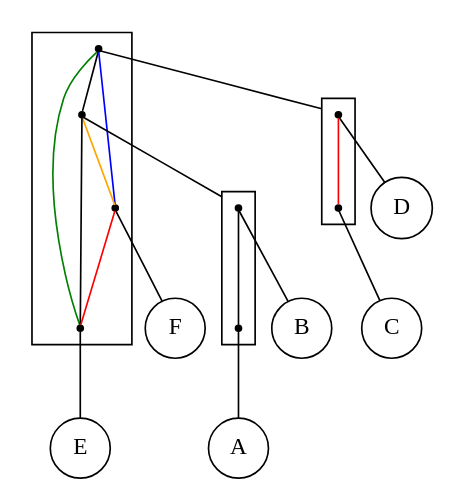
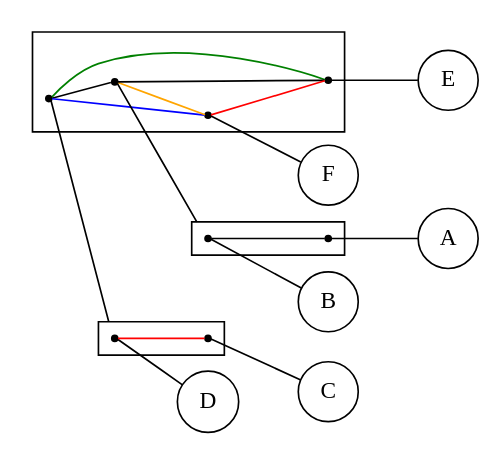
Before and after one commit to lrodrin/TFG: the diagram in src/final/Structure2.dot, drawn with Graphviz. The commit also changed 8 other files, not shown here.

```diff
--- a/src/final/Structure2.dot
+++ b/src/final/Structure2.dot
@@ -1,40 +1,41 @@
 digraph Structure2 {
 compound=true;
 fontname=Verdana;
 fontsize=12;
+rankdir=LR;
 node [shape=circle];
 F;
 E;
 B;
 A;
 D;
 C;
-subgraph cluster_EACDFB {
+subgraph cluster_FBEACD {
 node [shape=point];
-s_CD -> s_BA  [color=black, arrowhead=none];
-s_CD -> s_F  [color=blue, arrowhead=none];
-s_CD -> s_E  [color=green, arrowhead=none];
+s_DC -> s_BA  [color=black, arrowhead=none];
+s_DC -> s_F  [color=blue, arrowhead=none];
+s_DC -> s_E  [color=green, arrowhead=none];
 s_BA -> s_F  [color=orange, arrowhead=none];
 s_BA -> s_E  [color=black, arrowhead=none];
 s_F -> s_E  [color=red, arrowhead=none];
 }
 
 subgraph cluster_BA {
 node [shape=point];
 s_B -> s_A  [color=black, arrowhead=none];
 }
 
-subgraph cluster_CD {
+subgraph cluster_DC {
 node [shape=point];
 s_D -> s_C  [color=red, arrowhead=none];
 }
 
-s_CD -> s_D  [lhead=cluster_CD, arrowhead=none];
+s_DC -> s_D  [lhead=cluster_DC, arrowhead=none];
 s_BA -> s_B  [lhead=cluster_BA, arrowhead=none];
 s_F -> F  [arrowhead=none];
 s_E -> E  [arrowhead=none];
 s_B -> B  [arrowhead=none];
 s_A -> A  [arrowhead=none];
 s_D -> D  [arrowhead=none];
 s_C -> C  [arrowhead=none];
 }
```
